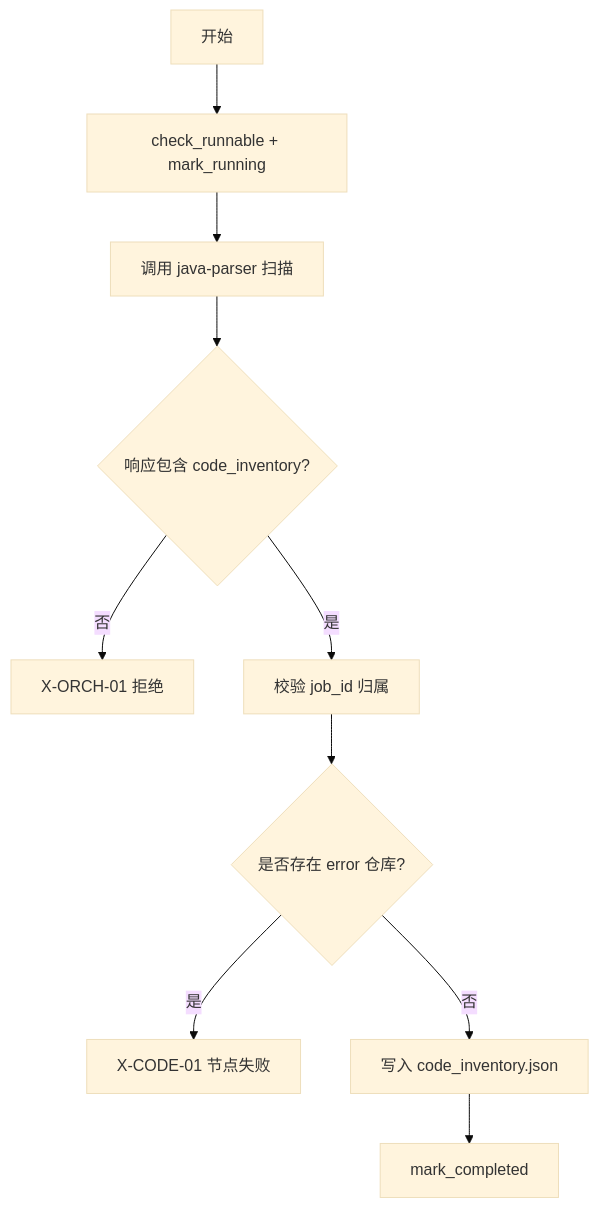
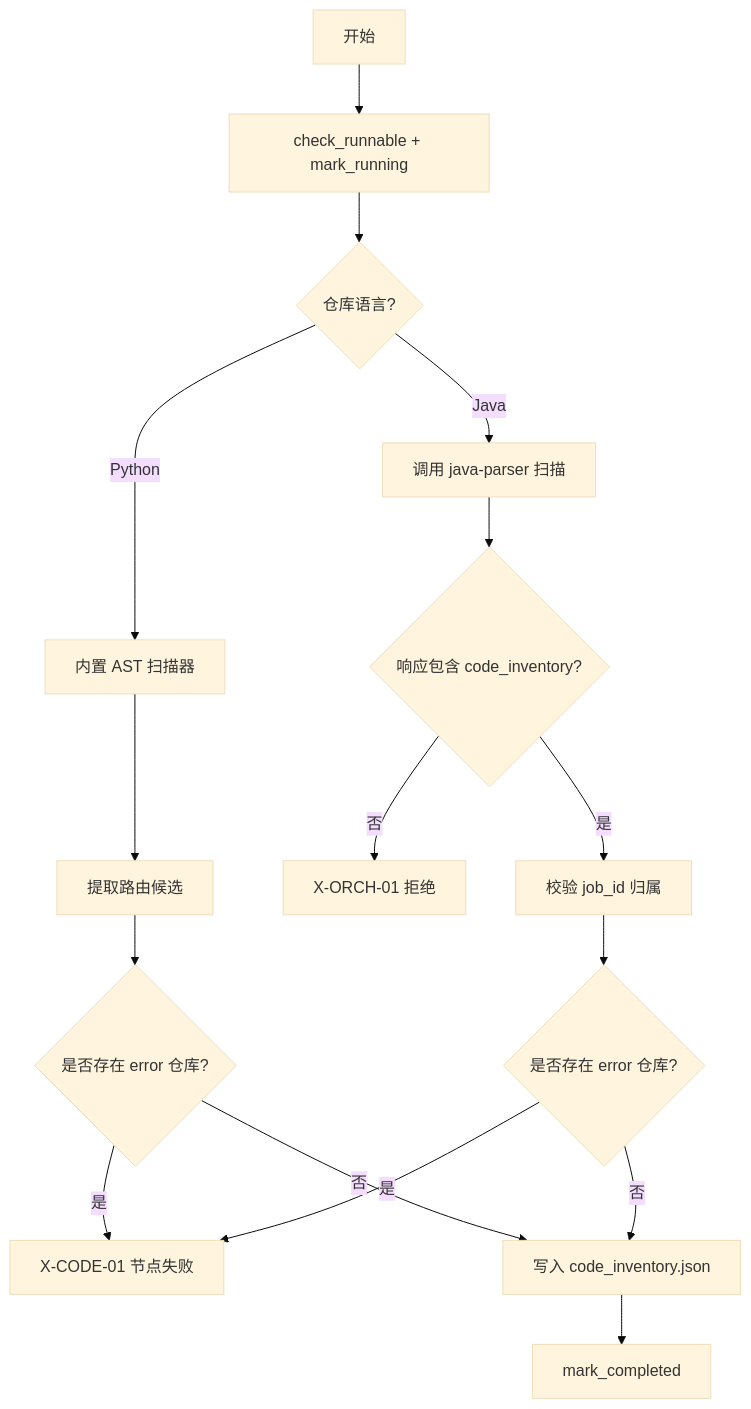
Before and after one commit to Joeyzheng001/LLM-AutoTest: the sixth of 11 diagrams in .qoder/repowiki/zh/content/项目概述/核心功能特性/核心功能特性.md, drawn with Mermaid (base theme). The commit also changed other lines of this file and 94 other files, not shown here.

````diff
--- a/.qoder/repowiki/zh/content/项目概述/核心功能特性/核心功能特性.md
+++ b/.qoder/repowiki/zh/content/项目概述/核心功能特性/核心功能特性.md
@@ -211,12 +253,18 @@
 ```mermaid
 flowchart TD
 A["开始"] --> B["check_runnable + mark_running"]
-B --> C["调用 java-parser 扫描"]
-C --> D{"响应包含 code_inventory?"}
-D --> |否| E["X-ORCH-01 拒绝"]
-D --> |是| F["校验 job_id 归属"]
-F --> G{"是否存在 error 仓库?"}
-G --> |是| H["X-CODE-01 节点失败"]
-G --> |否| I["写入 code_inventory.json"]
-I --> J["mark_completed"]
+B --> C{"仓库语言?"}
+C --> |Java| D["调用 java-parser 扫描"]
+C --> |Python| E["内置 AST 扫描器"]
+D --> F{"响应包含 code_inventory?"}
+E --> G["提取路由候选"]
+F --> |否| H["X-ORCH-01 拒绝"]
+F --> |是| I["校验 job_id 归属"]
+G --> J{"是否存在 error 仓库?"}
+I --> K{"是否存在 error 仓库?"}
+J --> |是| L["X-CODE-01 节点失败"]
+K --> |是| L
+J --> |否| M["写入 code_inventory.json"]
+K --> |否| M
+M --> N["mark_completed"]
 ```
````
